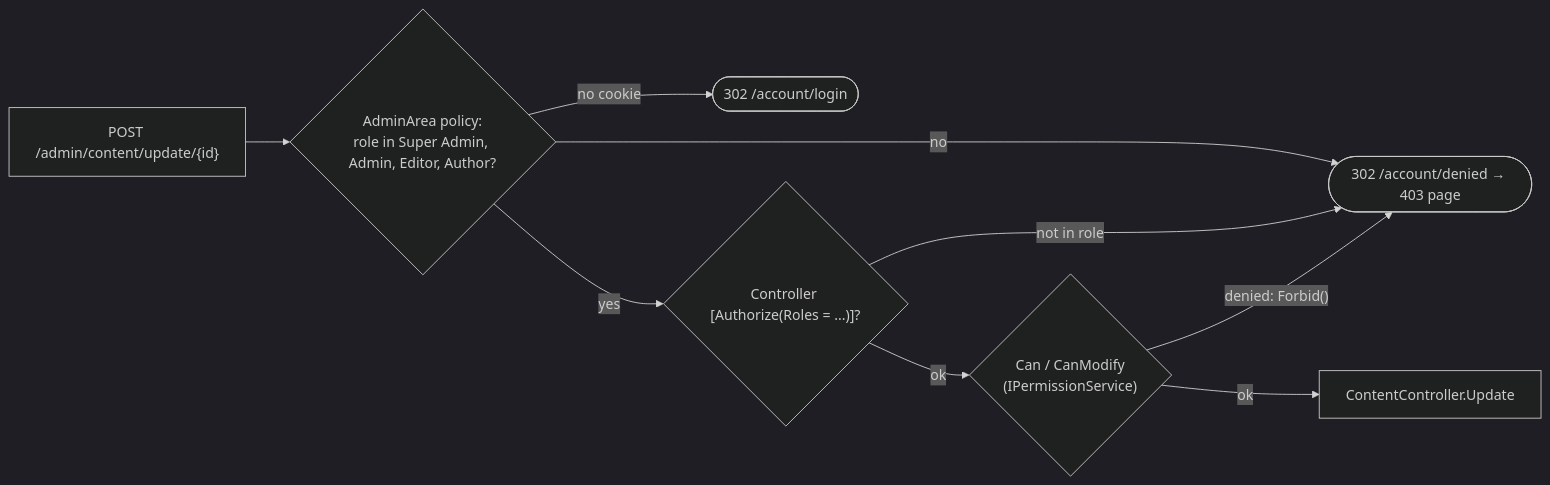
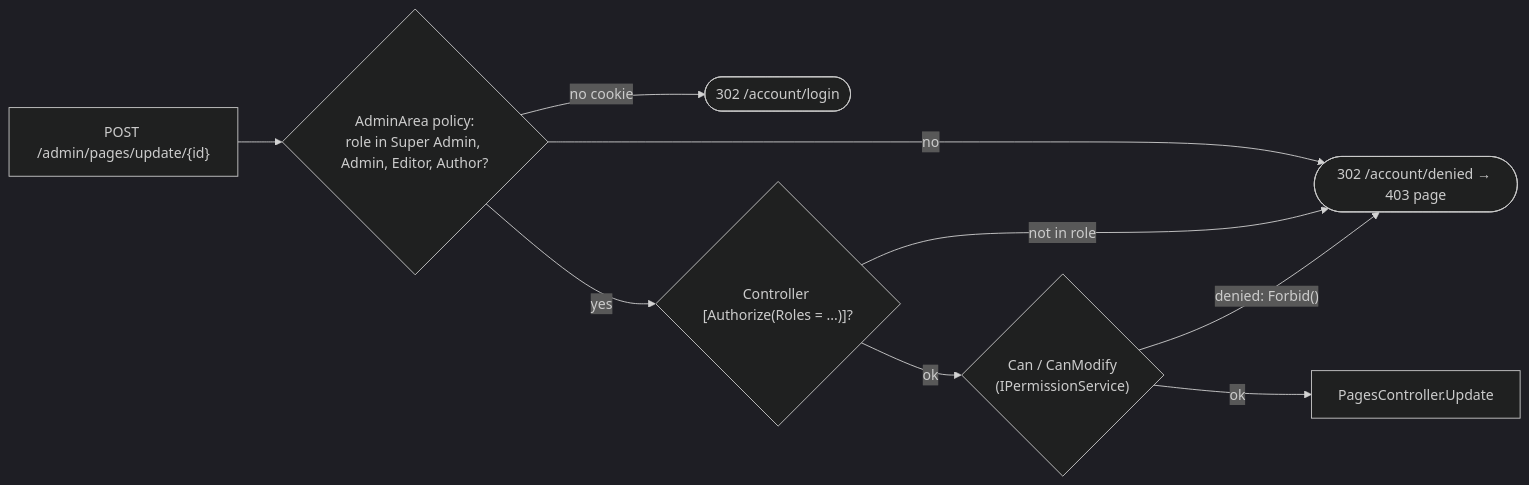
One commit to Albadit/DotNetForge changed the sixth of 12 diagrams in .docs/architecture/data-flow.md. Above: the diagram before and after it, drawn with Mermaid (dark theme). The commit also changed other lines of this file and 306 other files, not shown here.

````diff
--- a/.docs/architecture/data-flow.md
+++ b/.docs/architecture/data-flow.md
@@ -232,11 +240,11 @@
 ```mermaid
 flowchart LR
-    Req["POST /admin/content/update/{id}"] --> Policy{"AdminArea policy:<br/>role in Super Admin, Admin, Editor, Author?"}
+    Req["POST /admin/pages/update/{id}"] --> Policy{"AdminArea policy:<br/>role in Super Admin, Admin, Editor, Author?"}
     Policy -- "no cookie" --> L([302 /account/login])
     Policy -- "no" --> D([302 /account/denied → 403 page])
     Policy -- yes --> Roles{"Controller [Authorize(Roles = ...)]?"}
     Roles -- "not in role" --> D
     Roles -- ok --> Perm{"Can / CanModify<br/>(IPermissionService)"}
     Perm -- "denied: Forbid()" --> D
-    Perm -- ok --> Action["ContentController.Update"]
+    Perm -- ok --> Action["PagesController.Update"]
 ```
````
